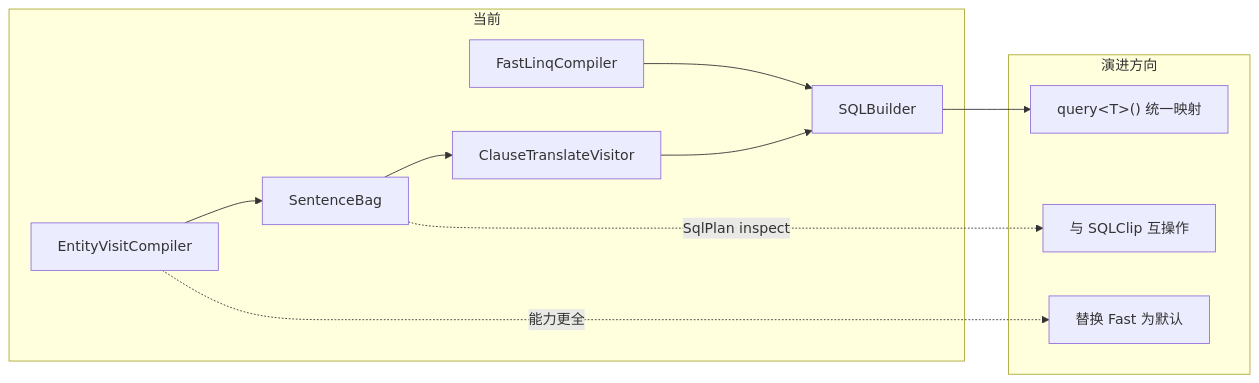
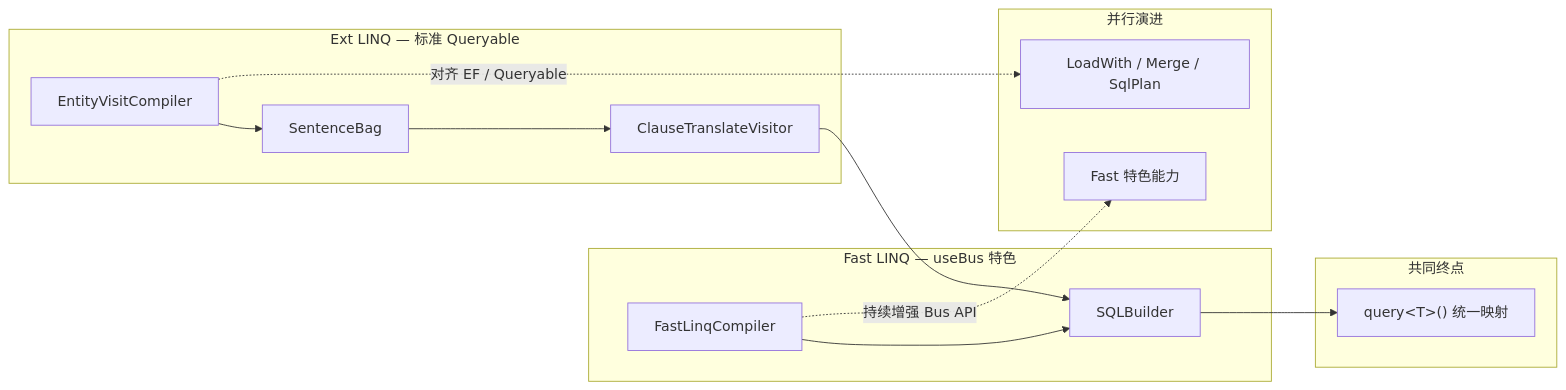
The diagram in ext/src/linq/LINQ全景分析与项目对比.md (sailuosi/mooSQL), drawn with Mermaid before and after one commit. The commit also changed other lines of this file and 11 other files, not shown here.

````diff
--- a/ext/src/linq/LINQ全景分析与项目对比.md
+++ b/ext/src/linq/LINQ全景分析与项目对比.md
@@ -206,14 +223,18 @@
 ```mermaid
 flowchart LR
-    subgraph now [当前]
+    subgraph fast [Fast LINQ — useBus 特色]
         A[FastLinqCompiler] --> B[SQLBuilder]
+    end
+    subgraph ext [Ext LINQ — 标准 Queryable]
         C[EntityVisitCompiler] --> D[SentenceBag]
         D --> E[ClauseTranslateVisitor]
         E --> B
     end
-    subgraph future [演进方向]
+    subgraph shared [共同终点]
         B --> F["query&lt;T&gt;() 统一映射"]
-        C -.->|能力更全| G[替换 Fast 为默认]
-        D -.->|SqlPlan inspect| H[与 SQLClip 互操作]
+    end
+    subgraph evolve [并行演进]
+        A -.->|持续增强 Bus API| G[Fast 特色能力]
+        C -.->|对齐 EF / Queryable| H[LoadWith / Merge / SqlPlan]
     end
 ```
````
